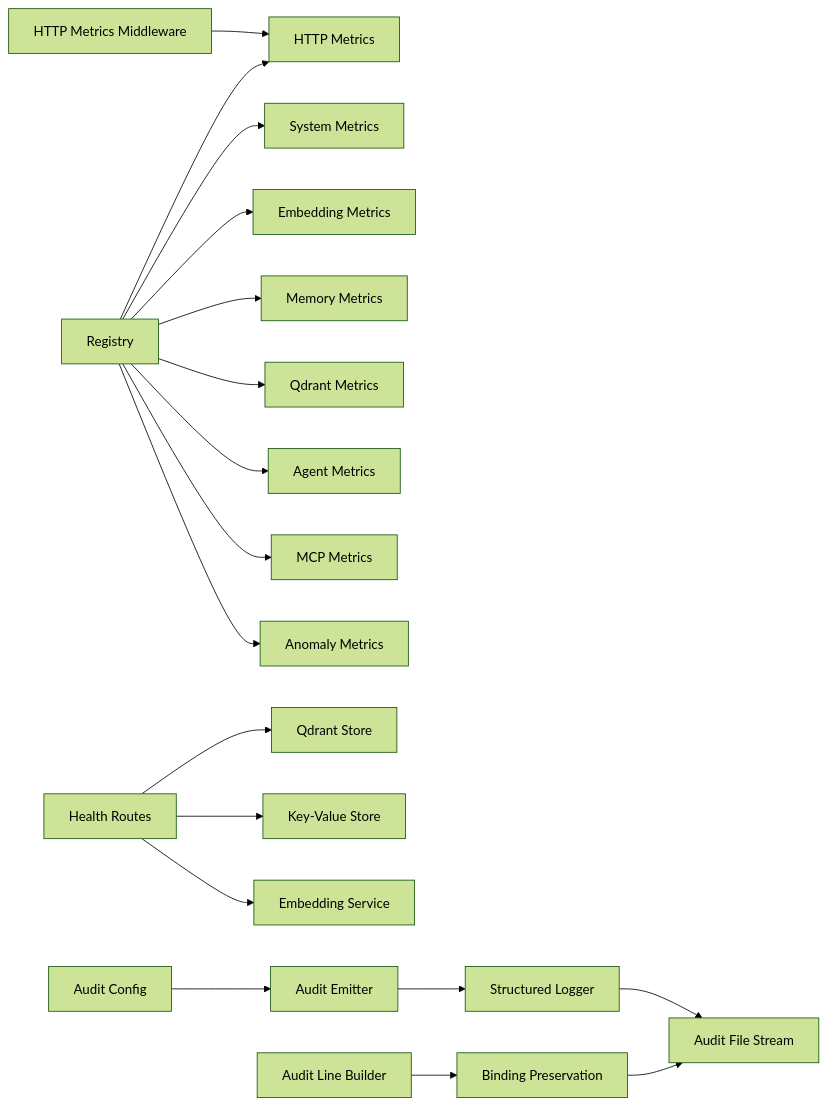
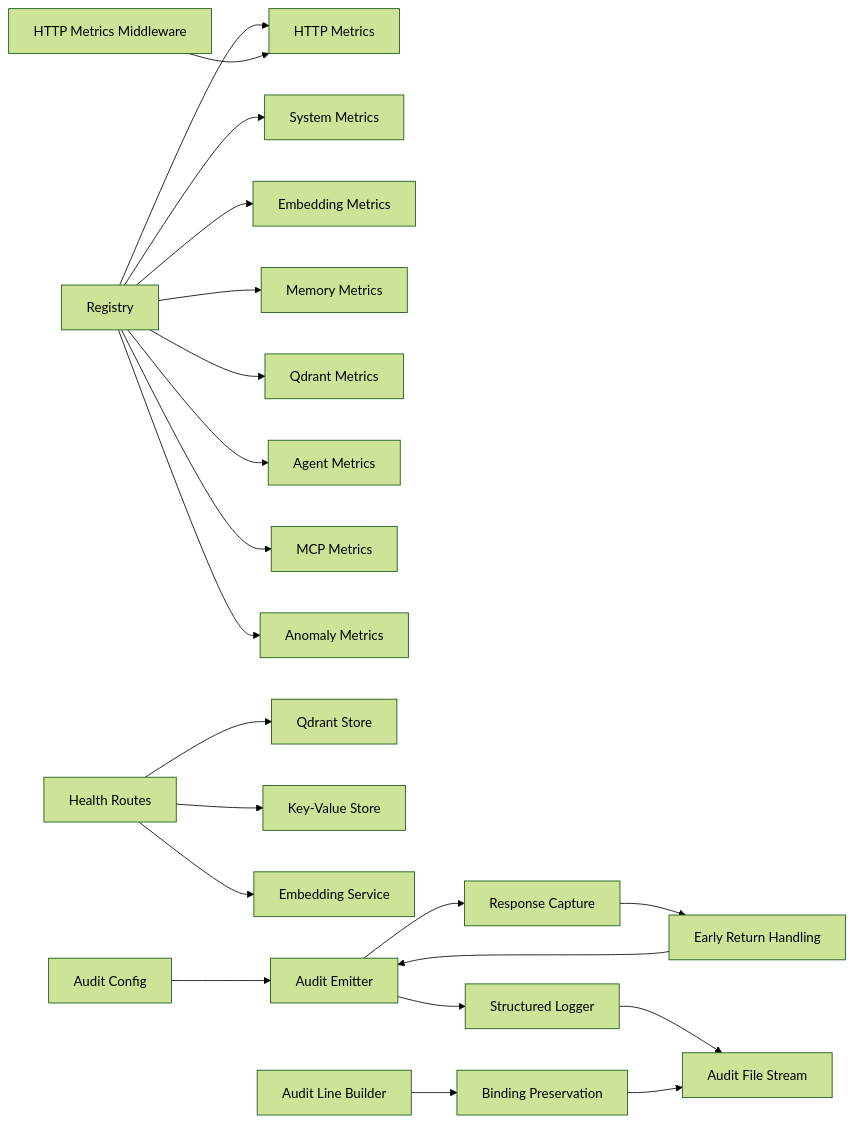
Before and after one commit to debian777/kairos-mcp: the seventh of 7 diagrams in .qoder/repowiki/en/content/Monitoring & Observability.md, drawn with Mermaid (forest theme). The commit also changed other lines of this file and 5 other files, not shown here.

First line of the commit message:
fix(audit): capture response at transport.send() level

````diff
--- a/.qoder/repowiki/en/content/Monitoring & Observability.md
+++ b/.qoder/repowiki/en/content/Monitoring & Observability.md
@@ -497,20 +512,23 @@
 ```mermaid
 graph LR
 Reg["Registry"] --> HM["HTTP Metrics"]
 Reg --> SM["System Metrics"]
 Reg --> EM["Embedding Metrics"]
 Reg --> MM["Memory Metrics"]
 Reg --> QM["Qdrant Metrics"]
 Reg --> AM["Agent Metrics"]
 Reg --> CM["MCP Metrics"]
 Reg --> AN["Anomaly Metrics"]
 MW["HTTP Metrics Middleware"] --> HM
 HS["Health Routes"] --> Q["Qdrant Store"]
 HS --> KV["Key-Value Store"]
 HS --> ES["Embedding Service"]
 AC["Audit Config"] --> AE["Audit Emitter"]
+AE --> RC["Response Capture"]
 AE --> SL["Structured Logger"]
 SL --> AF["Audit File Stream"]
 ALS["Audit Line Builder"] --> BP["Binding Preservation"]
 BP --> AF
+RC --> ER["Early Return Handling"]
+ER --> AE
 ```
````
